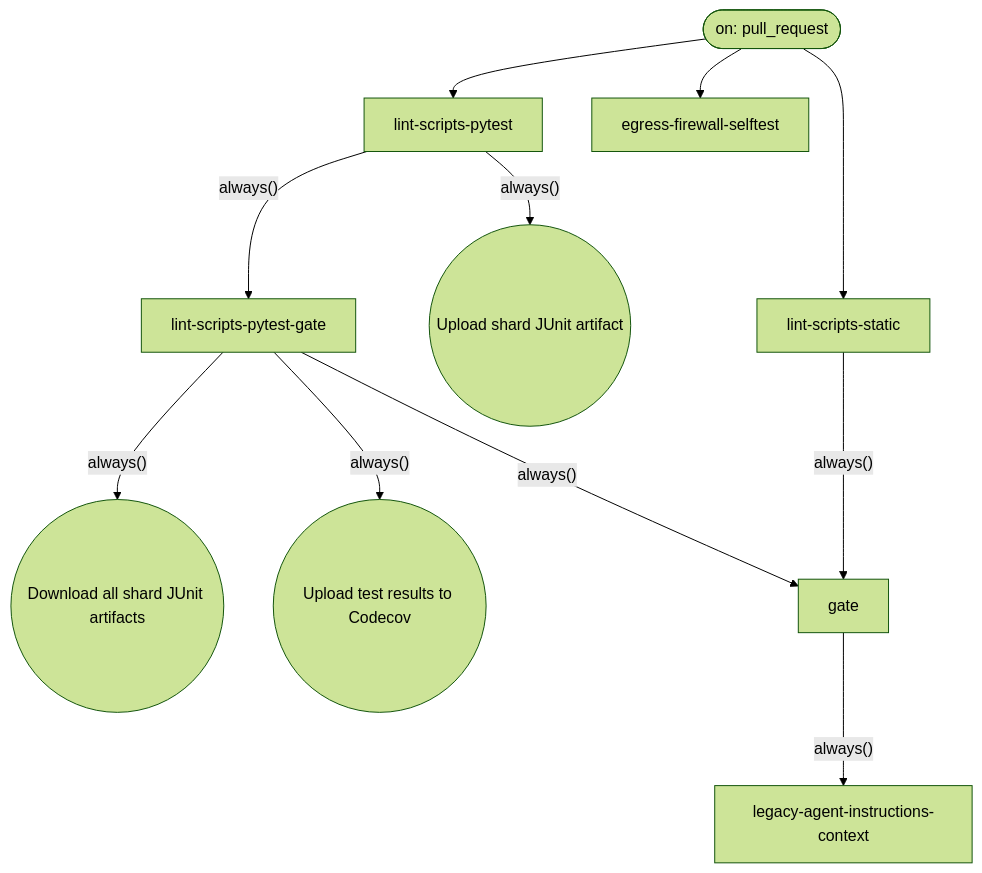
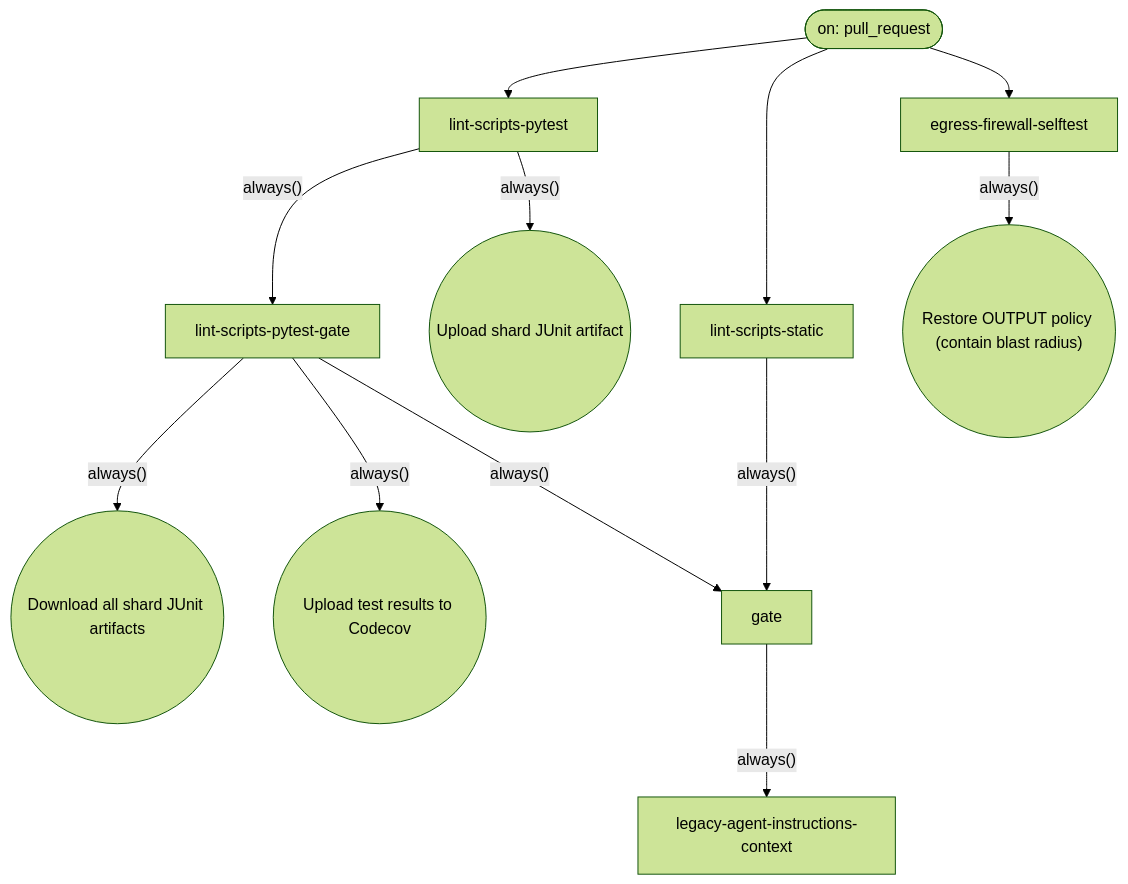
One commit to tvna/claude-md changed the diagram in docs/generated/workflows/verify-agents-if-branches.md. Above: the diagram before and after it, drawn with Mermaid (forest theme). The commit also changed 3 other files, not shown here.

First line of the commit message:
ci(security): promote egress-firewall selftest to block mode (#1257)

````diff
--- a/docs/generated/workflows/verify-agents-if-branches.md
+++ b/docs/generated/workflows/verify-agents-if-branches.md
@@ -5,26 +5,28 @@
 ```mermaid
 flowchart TD
 
     T_pull_request(["on: pull_request"])
 
     J_lint_scripts_static["lint-scripts-static"]
     J_lint_scripts_pytest["lint-scripts-pytest"]
     S_J_lint_scripts_pytest_0(("Upload shard JUnit artifact"))
     J_lint_scripts_pytest_gate["lint-scripts-pytest-gate"]
     S_J_lint_scripts_pytest_gate_0(("Download all shard JUnit artifacts"))
     S_J_lint_scripts_pytest_gate_1(("Upload test results to Codecov"))
     J_egress_firewall_selftest["egress-firewall-selftest"]
+    S_J_egress_firewall_selftest_0(("Restore OUTPUT policy (contain blast radius)"))
     J_gate["gate"]
     J_legacy_agent_instructions_context["legacy-agent-instructions-context"]
 
     T_pull_request --> J_lint_scripts_static
     T_pull_request --> J_lint_scripts_pytest
     J_lint_scripts_pytest -->|"always()"| S_J_lint_scripts_pytest_0
     J_lint_scripts_pytest -->|"always()"| J_lint_scripts_pytest_gate
     J_lint_scripts_pytest_gate -->|"always()"| S_J_lint_scripts_pytest_gate_0
     J_lint_scripts_pytest_gate -->|"always()"| S_J_lint_scripts_pytest_gate_1
     T_pull_request --> J_egress_firewall_selftest
+    J_egress_firewall_selftest -->|"always()"| S_J_egress_firewall_selftest_0
     J_lint_scripts_static -->|"always()"| J_gate
     J_lint_scripts_pytest_gate -->|"always()"| J_gate
     J_gate -->|"always()"| J_legacy_agent_instructions_context
 ```
````
